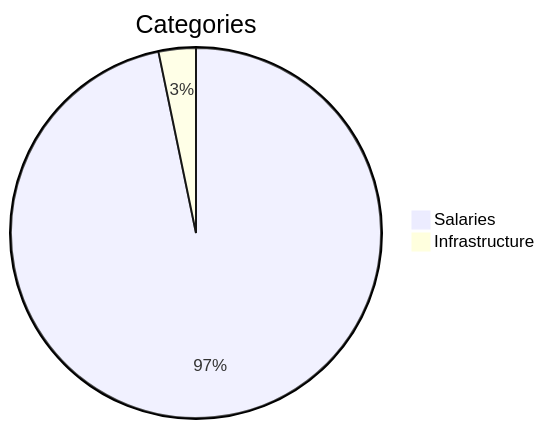
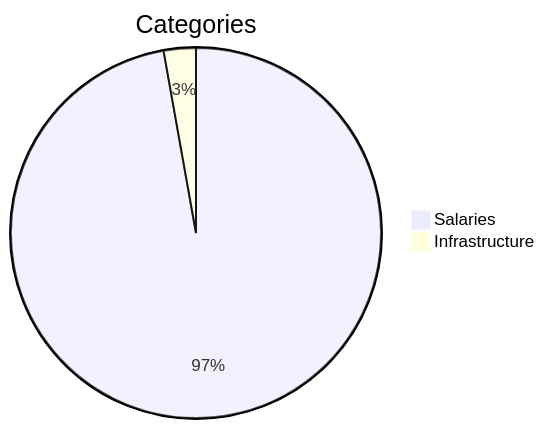
Before and after one commit to qubic/qct: the first of 4 diagrams in financial-reports/2025-03-03-february-2025.md, drawn with Mermaid. The commit also changed other lines of this file and 2 other files, not shown here.

Commit message:
Update pie graphics for categories Jan, Feb and Mar

````diff
--- a/financial-reports/2025-03-03-february-2025.md
+++ b/financial-reports/2025-03-03-february-2025.md
@@ -20,6 +20,6 @@
  ```mermaid
 pie title Categories
-"Salaries":96.74834091
-"Infrastructure":3.251659088
+"Salaries":97.194798900073
+"Infrastructure":2.80520109992701
 
 ```
````
